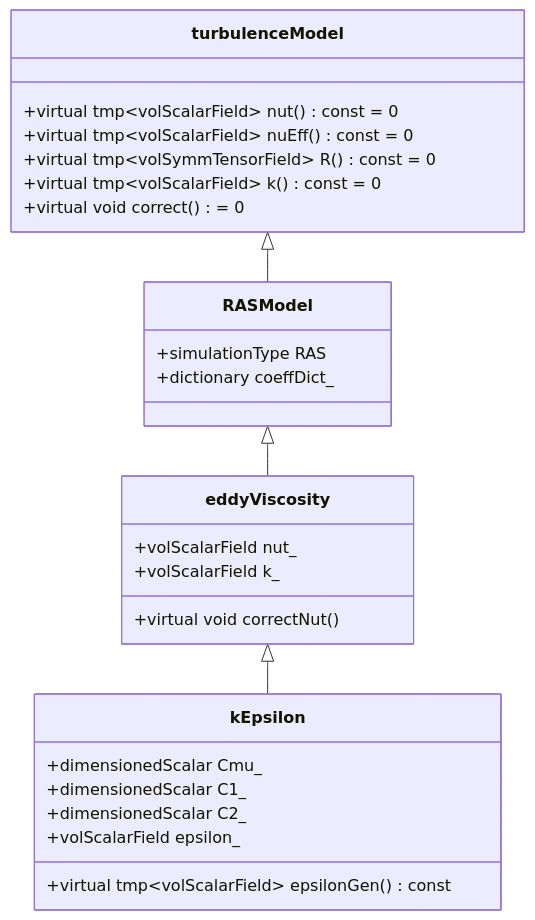
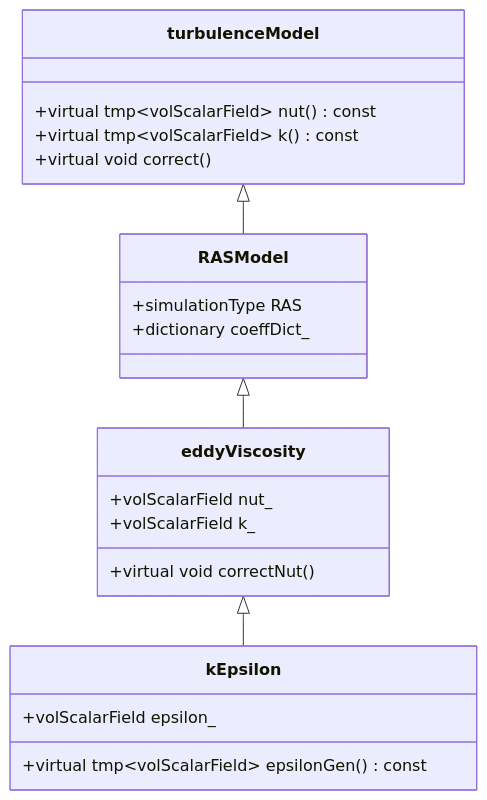
The second of 2 diagrams in MODULE_03_SINGLE_PHASE_FLOW/CONTENT/03_TURBULENCE_MODELING/01_Turbulence_Fundamentals.md (wramet/build-my-cfd), drawn with Mermaid before and after one commit. The commit also changed other lines of this file and 313 other files, not shown here.

Commit message:
Revise all diagram

````diff
--- a/MODULE_03_SINGLE_PHASE_FLOW/CONTENT/03_TURBULENCE_MODELING/01_Turbulence_Fundamentals.md
+++ b/MODULE_03_SINGLE_PHASE_FLOW/CONTENT/03_TURBULENCE_MODELING/01_Turbulence_Fundamentals.md
@@ -139,33 +139,24 @@
 ```mermaid
 classDiagram
-    class turbulenceModel {
-        +virtual tmp~volScalarField~ nut() const = 0
-        +virtual tmp~volScalarField~ nuEff() const = 0
-        +virtual tmp~volSymmTensorField~ R() const = 0
-        +virtual tmp~volScalarField~ k() const = 0
-        +virtual void correct() = 0
-    }
-
-    class RASModel {
-        +simulationType RAS
-        +dictionary coeffDict_
-    }
-
-    class eddyViscosity {
-        +volScalarField nut_
-        +volScalarField k_
-        +virtual void correctNut()
-    }
-
-    class kEpsilon {
-        +dimensionedScalar Cmu_
-        +dimensionedScalar C1_
-        +dimensionedScalar C2_
-        +volScalarField epsilon_
-        +virtual tmp~volScalarField~ epsilonGen() const
-    }
-
-    turbulenceModel <|-- RASModel
-    RASModel <|-- eddyViscosity
-    eddyViscosity <|-- kEpsilon
+class turbulenceModel {
+    +virtual tmp~volScalarField~ nut() const
+    +virtual tmp~volScalarField~ k() const
+    +virtual void correct()
+}
+class RASModel {
+    +simulationType RAS
+    +dictionary coeffDict_
+}
+class eddyViscosity {
+    +volScalarField nut_
+    +volScalarField k_
+    +virtual void correctNut()
+}
+class kEpsilon {
+    +volScalarField epsilon_
+    +virtual tmp~volScalarField~ epsilonGen() const
+}
+turbulenceModel <|-- RASModel
+RASModel <|-- eddyViscosity
+eddyViscosity <|-- kEpsilon
 ```
````
